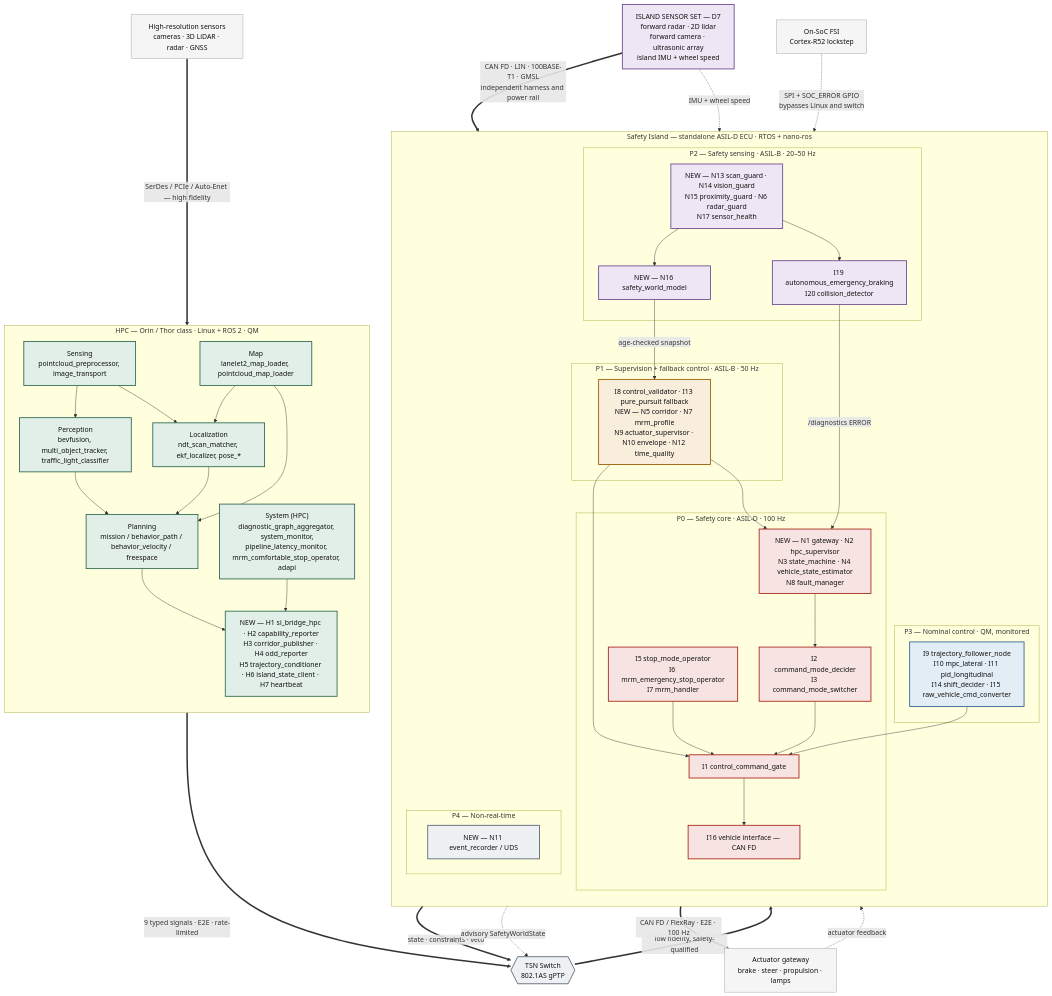
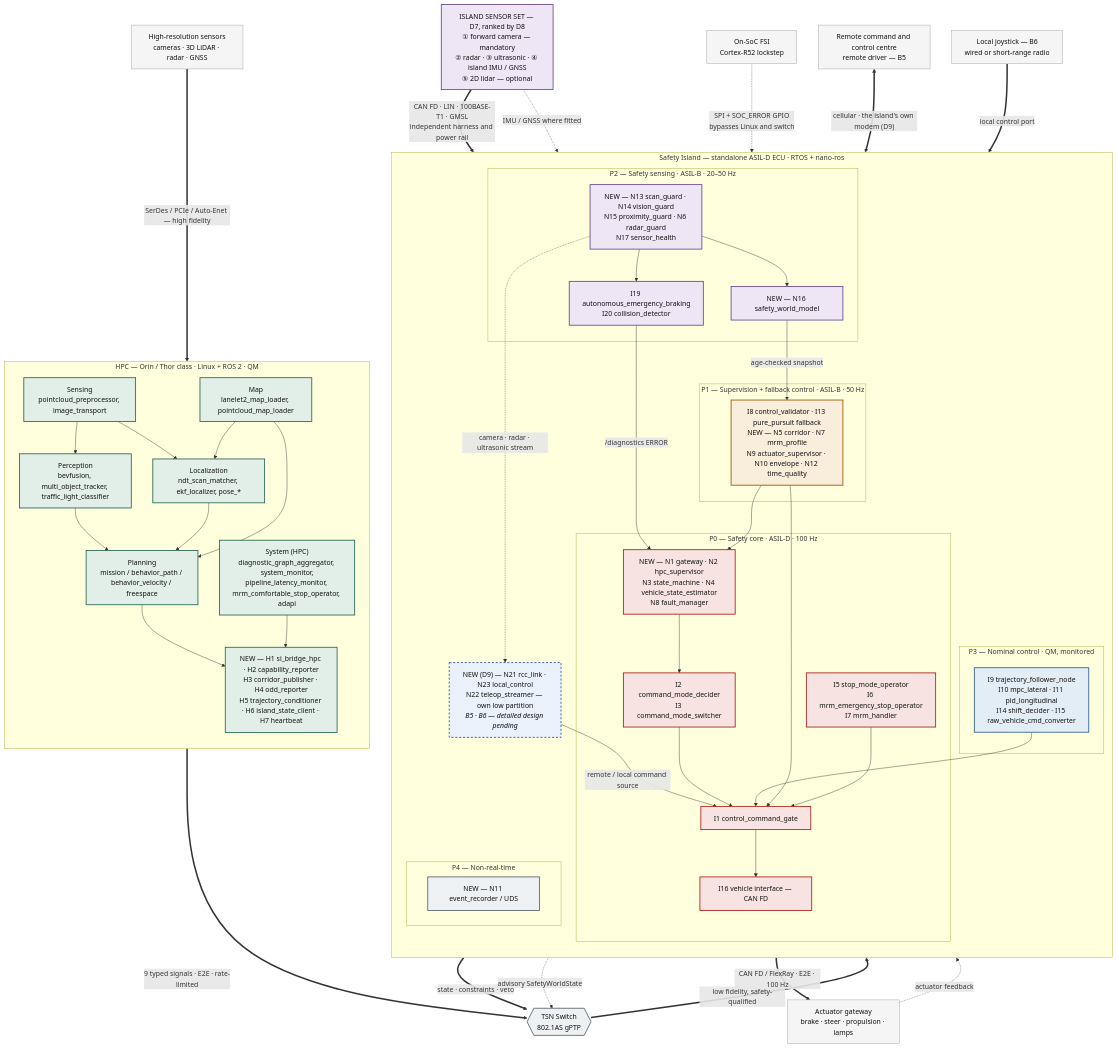
One commit to autowarefoundation/RFC_L4_SafetyIslandDesign changed the eighth of 13 diagrams in docs/L4SafetyIsland_SoftwareDesign_GitHub.md. Above: the diagram before and after it, drawn with Mermaid. The commit also changed other lines of this file and 22 other files, not shown here.

First line of the commit message:
Design version 20261023: ranked sensors, B5/B6, two design branches

````diff
--- a/docs/L4SafetyIsland_SoftwareDesign_GitHub.md
+++ b/docs/L4SafetyIsland_SoftwareDesign_GitHub.md
@@ -2263,6 +2602,9 @@
         subgraph P4["P4 — Non-real-time"]
             REC["NEW — N11 event_recorder / UDS"]
         end
+        RCCL["NEW (D9) — N21 rcc_link · N23 local_control<br/>N22 teleop_streamer — own low partition<br/><i>B5 · B6 — detailed design pending</i>"]
+        SENS -.->|"camera · radar · ultrasonic stream"| RCCL
+        RCCL -->|"remote / local command source"| GATE
         CORE --> MODE --> GATE
         CTRL --> GATE
         SUP --> GATE
@@ -2274,13 +2616,15 @@
     end
 
     HSENS["High-resolution sensors<br/>cameras · 3D LiDAR · radar · GNSS"]
-    ISENS["ISLAND SENSOR SET — D7<br/>forward radar · 2D lidar<br/>forward camera · ultrasonic array<br/>island IMU + wheel speed"]
+    ISENS["ISLAND SENSOR SET — D7, ranked by D8<br/>① forward camera — mandatory<br/>② radar · ③ ultrasonic · ④ island IMU / GNSS<br/>⑤ 2D lidar — optional"]
     ACT["Actuator gateway<br/>brake · steer · propulsion · lamps"]
     FSI["On-SoC FSI<br/>Cortex-R52 lockstep"]
+    RCC["Remote command and control centre<br/>remote driver — B5"]
+    JOY["Local joystick — B6<br/>wired or short-range radio"]
 
     HSENS ==>|"SerDes / PCIe / Auto-Enet — high fidelity"| HPC
     ISENS ==>|"CAN FD · LIN · 100BASE-T1 · GMSL<br/>independent harness and power rail"| SENS
-    ISENS -.->|"IMU + wheel speed"| CORE
+    ISENS -.->|"IMU / GNSS where fitted"| CORE
     NEWH ==>|"9 typed signals · E2E · rate-limited"| TSN
     TSN ==>|"low fidelity, safety-qualified"| CORE
     CORE ==>|"state · constraints · veto"| TSN
@@ -2288,6 +2632,8 @@
     FSI -.->|"SPI + SOC_ERROR GPIO<br/>bypasses Linux and switch"| CORE
     VIF ==>|"CAN FD / FlexRay · E2E · 100 Hz"| ACT
     ACT -.->|"actuator feedback"| SUP
+    RCC <==>|"cellular · the island's own modem (D9)"| RCCL
+    JOY ==>|"local control port"| RCCL
 
     classDef hpc fill:#e1efe8,stroke:#2c6a50,stroke-width:2px,color:#101010;
     classDef safety fill:#f7e4e2,stroke:#a8231c,stroke-width:2px,color:#101010;
@@ -2303,5 +2649,7 @@
     class SENS,WM,AEB,ISENS sensing;
     class CTRL nom;
     class REC,TSN net;
-    class HSENS,ACT,FSI ext;
+    class HSENS,ACT,FSI,RCC,JOY ext;
+    classDef pend fill:#eaf1fb,stroke:#2a5da8,stroke-width:2px,stroke-dasharray: 5 4,color:#101010;
+    class RCCL pend;
 ```
````
